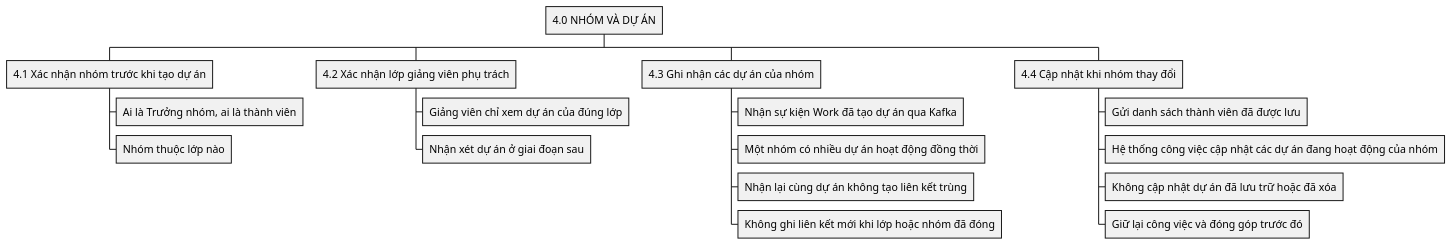
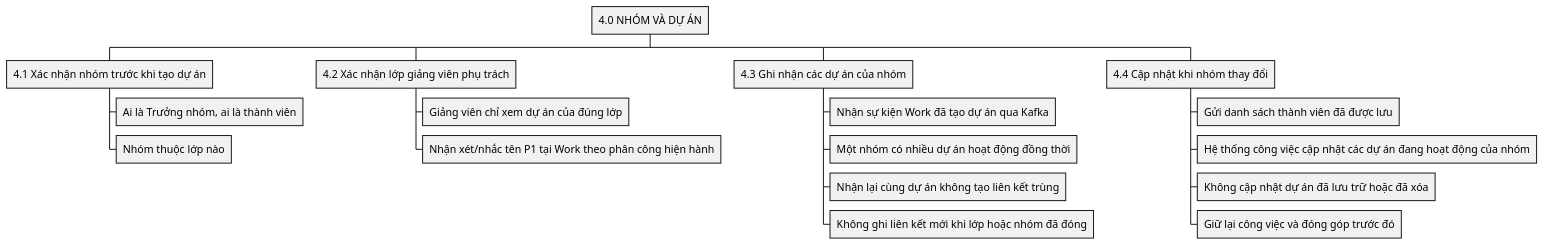
Before and after one commit to TriNguyenThanh/UTask: the fifth of 6 diagrams in docs/diagram/classroom-service/bfd.md, drawn with PlantUML. The commit also changed other lines of this file and 4 other files, not shown here.

````diff
--- a/docs/diagram/classroom-service/bfd.md
+++ b/docs/diagram/classroom-service/bfd.md
@@ -149,25 +152,25 @@
 ```plantuml
 @startwbs
 skinparam monochrome true
 skinparam shadowing false
 skinparam defaultFontName Arial, sans-serif
 skinparam defaultFontSize 16
 * 4.0 NHÓM VÀ DỰ ÁN
 ** 4.1 Xác nhận nhóm trước khi tạo dự án
 *** Ai là Trưởng nhóm, ai là thành viên
 *** Nhóm thuộc lớp nào
 ** 4.2 Xác nhận lớp giảng viên phụ trách
 *** Giảng viên chỉ xem dự án của đúng lớp
-*** Nhận xét dự án ở giai đoạn sau
+*** Nhận xét/nhắc tên P1 tại Work theo phân công hiện hành
 ** 4.3 Ghi nhận các dự án của nhóm
 *** Nhận sự kiện Work đã tạo dự án qua Kafka
 *** Một nhóm có nhiều dự án hoạt động đồng thời
 *** Nhận lại cùng dự án không tạo liên kết trùng
 *** Không ghi liên kết mới khi lớp hoặc nhóm đã đóng
 ** 4.4 Cập nhật khi nhóm thay đổi
 *** Gửi danh sách thành viên đã được lưu
 *** Hệ thống công việc cập nhật các dự án đang hoạt động của nhóm
 *** Không cập nhật dự án đã lưu trữ hoặc đã xóa
 *** Giữ lại công việc và đóng góp trước đó
 @endwbs
 ```
````
